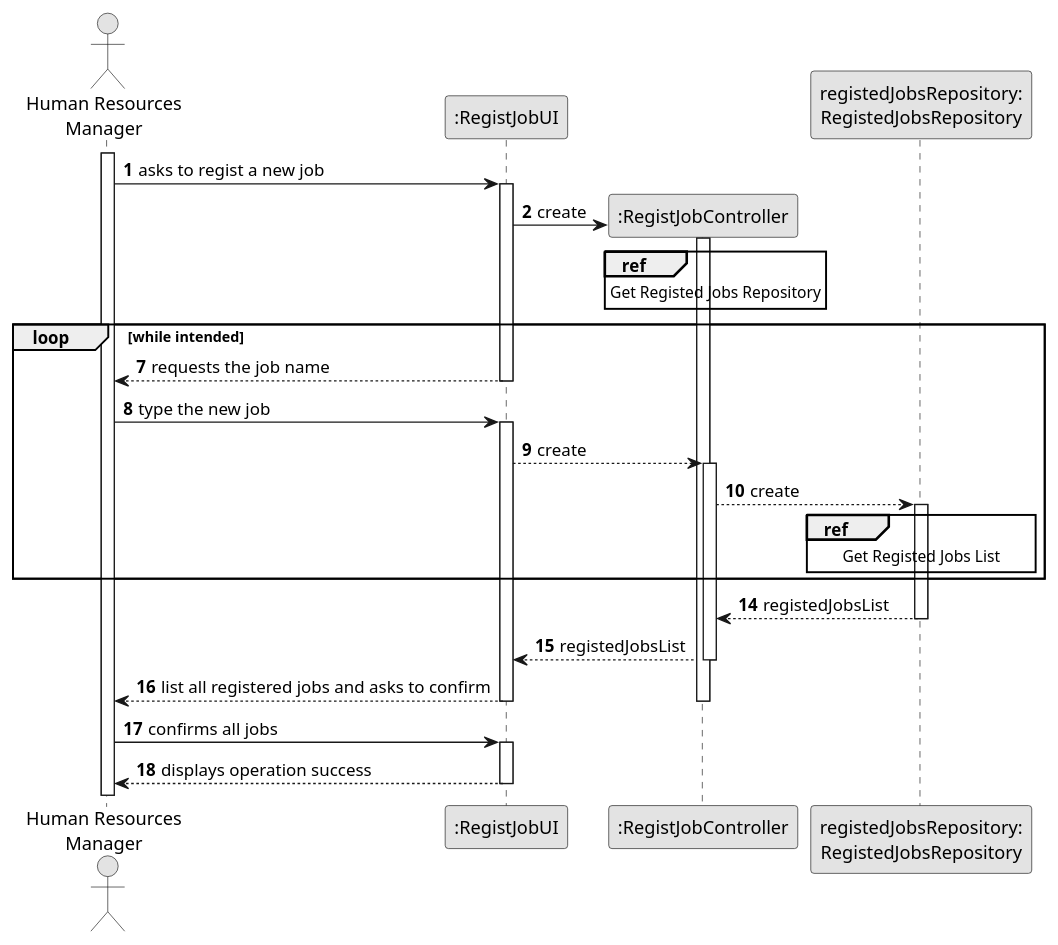
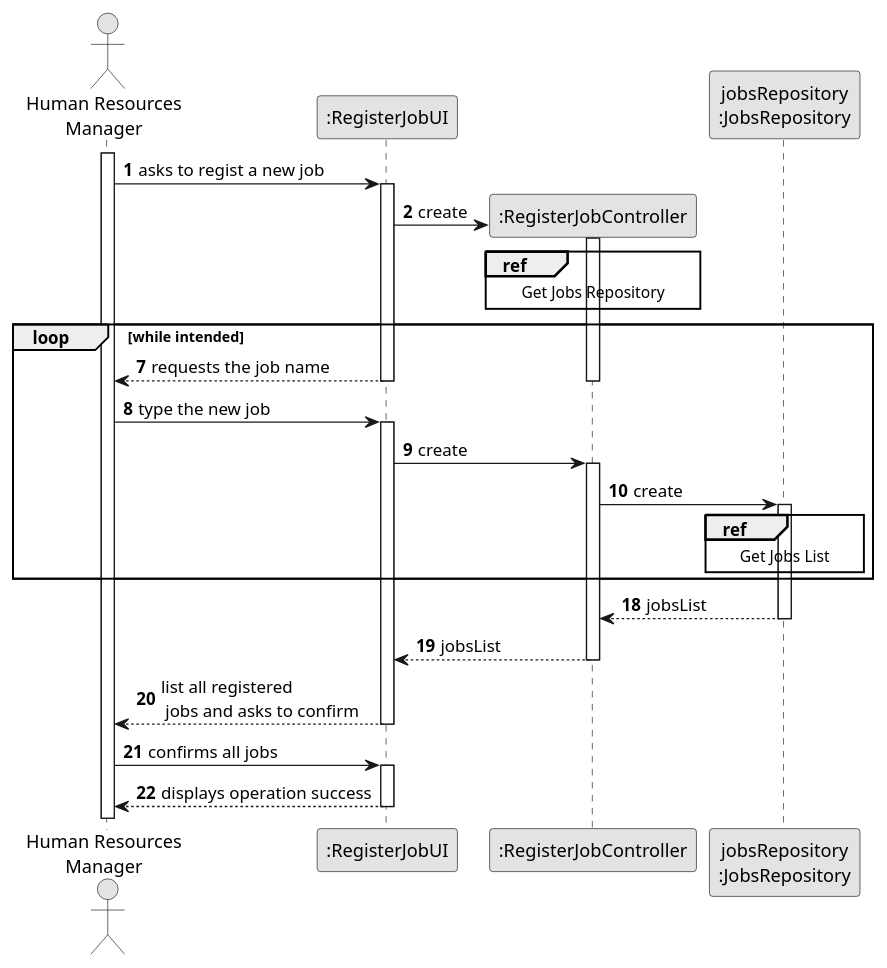
Before and after one commit to 1231360-ISEP/lei-24-s2-1db-g021: the diagram in docs/sprint2/us002/03.design/puml/us002-sequence-diagram-split.puml, drawn with PlantUML. The commit also changed 9 other files, not shown here.

Commit message:
US2 - update partials sequece diagrams

```diff
--- a/docs/sprint2/us002/03.design/puml/us002-sequence-diagram-split.puml
+++ b/docs/sprint2/us002/03.design/puml/us002-sequence-diagram-split.puml
@@ -1,49 +1,70 @@
 @startuml
 skinparam monochrome true
 skinparam packageStyle rectangle
 skinparam shadowing false
 
 actor "Human Resources\nManager" as HRM
-participant ":RegistJobUI" as UI
-participant ":RegistJobController" as CTRL
-participant "registedJobsRepository:\nRegistedJobsRepository" as RegistedJobsRepository
+participant ":RegisterJobUI" as UI
+participant ":RegisterJobController" as CTRL
+participant "jobsRepository\n:JobsRepository" as JobsRepository
 
 autonumber 1
 
 activate HRM
+
     HRM -> UI : asks to regist a new job
-    activate UI
-        UI -> CTRL** : create
-        activate CTRL
-        ref over CTRL
-            Get Registed Jobs Repository
-        end ref
+activate UI
 
-    loop while intended
-            autonumber 7
-            UI --> HRM : requests the job name
-        deactivate UI
-        HRM -> UI : type the new job
-        activate UI
-            UI --> CTRL: create
-        activate CTRL
-            CTRL --> RegistedJobsRepository : create
-            activate RegistedJobsRepository
-            autonumber 14
-            ref over RegistedJobsRepository
-                Get Registed Jobs List
-            end ref
-    end
-                RegistedJobsRepository --> CTRL : registedJobsList
-            deactivate RegistedJobsRepository
-            CTRL --> UI : registedJobsList
-        deactivate CTRL
-        UI --> HRM : list all registered jobs and asks to confirm
-            deactivate CTRL
-        deactivate UI
-    HRM -> UI : confirms all jobs
-    activate UI
-    UI --> HRM : displays operation success
+    UI -> CTRL** : create
+
+activate CTRL
+
+ref over CTRL
+    Get Jobs Repository
+end ref
+
+deactivate CTRL
+
+loop while intended
+
+    autonumber 7
+        UI --> HRM : requests the job name
+    deactivate CTRL
     deactivate UI
 
+
+    HRM -> UI : type the new job
+    activate UI
+        UI -> CTRL: create
+    activate CTRL
+
+        CTRL -> JobsRepository : create
+    activate JobsRepository
+
+    ref over JobsRepository
+        Get Jobs List
+    end ref
+
+end
+
+autonumber 18
+
+JobsRepository --> CTRL : jobsList
+deactivate JobsRepository
+
+CTRL --> UI : jobsList
+deactivate CTRL
+
+UI --> HRM : list all registered\n jobs and asks to confirm
+
+deactivate CTRL
+deactivate UI
+
+HRM -> UI : confirms all jobs
+activate UI
+
+UI --> HRM : displays operation success
+deactivate UI
+
+
 @enduml
```
